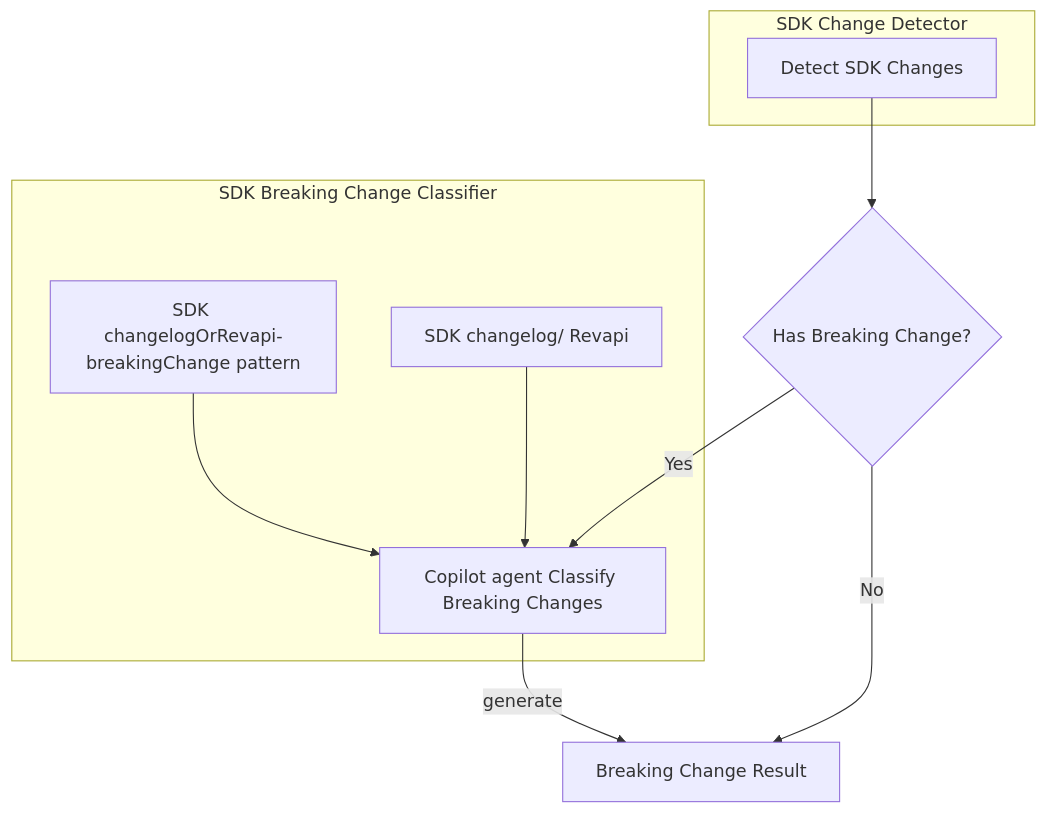
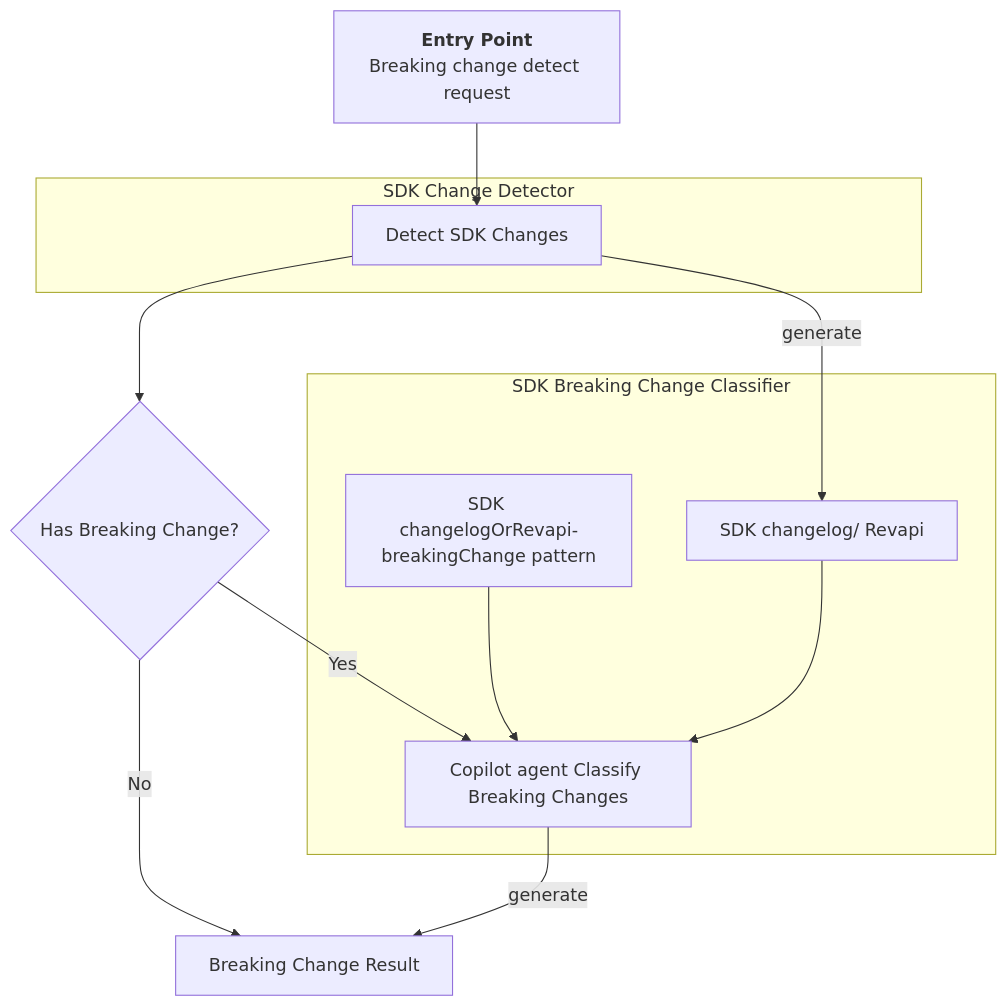
Before and after one commit to Azure/azure-sdk-tools: the first of 2 diagrams in tools/azsdk-cli/docs/specs/sdk-breaking-change-detect.spec.md, drawn with Mermaid.

Commit message:
add entry point in the architecture flow

````diff
--- a/tools/azsdk-cli/docs/specs/sdk-breaking-change-detect.spec.md
+++ b/tools/azsdk-cli/docs/specs/sdk-breaking-change-detect.spec.md
@@ -112,24 +112,27 @@
 ```mermaid
 flowchart TD
+    Entry[<b>Entry Point</b><br/>Breaking change detect request]
     A[Detect SDK Changes]
     B{Has Breaking Change?}
     C[Copilot agent Classify Breaking Changes]
     D[Breaking Change Result]
     E[SDK changelogOrRevapi-breakingChange pattern]
     F[SDK changelog/ Revapi]
     subgraph SDK Change Detector
         A
     end
     subgraph SDK Breaking Change Classifier
         E
         F
         C
     end
 
+    Entry --> A
     A --> B
+    A --> |generate| F
     B -- Yes --> C
     C --> |generate| D
     B -- No --> D
     E --> C
     F --> C
 ```
````
